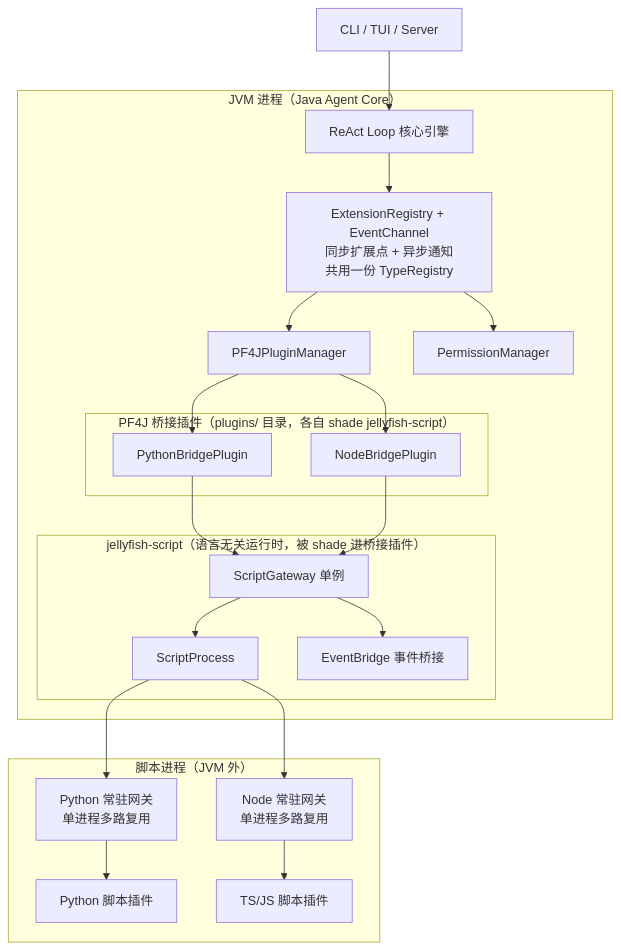
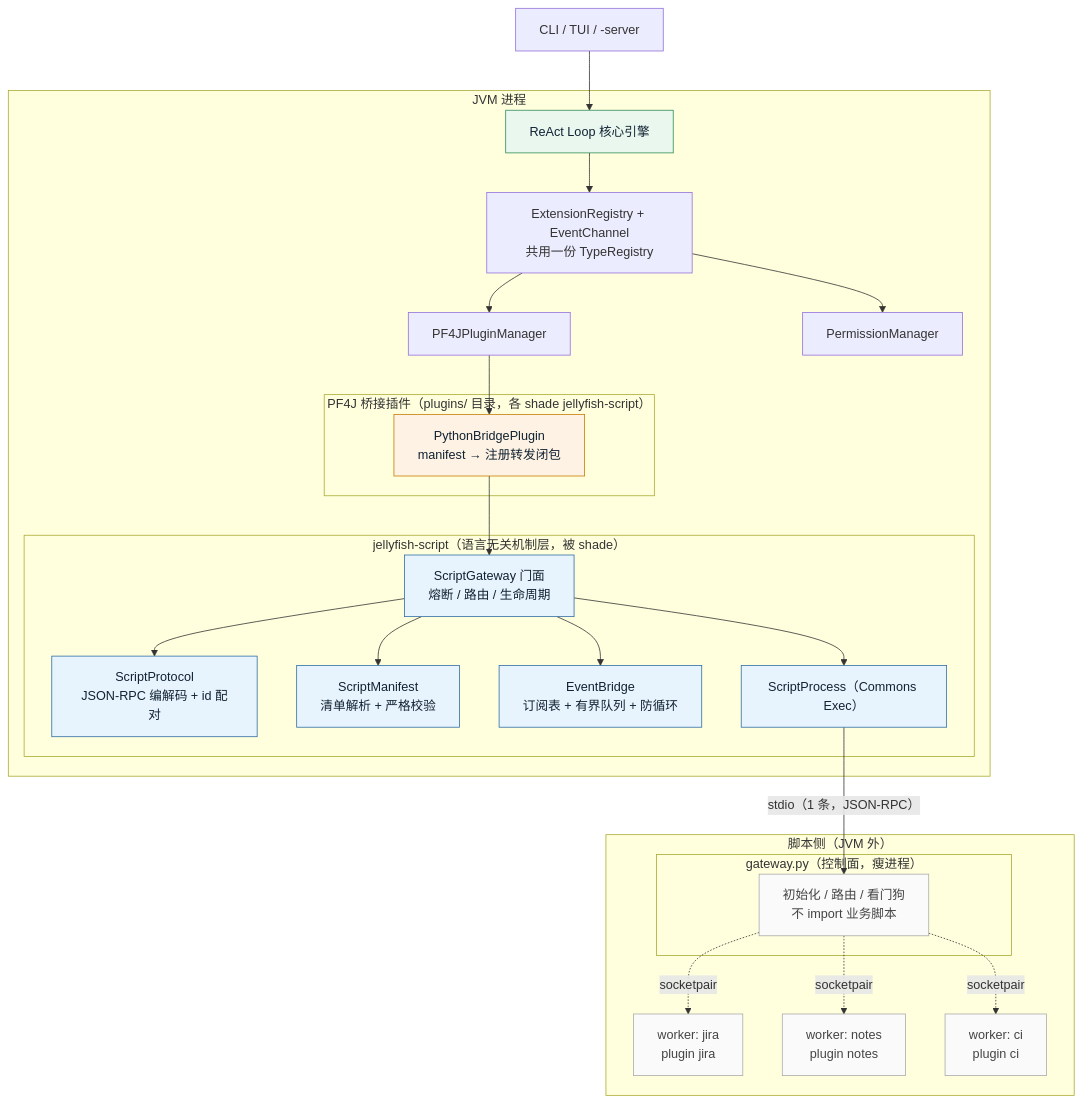
One commit to zcd0831/Jellyfish changed the first of 5 diagrams in 跨语言插件方案.md. Above: the diagram before and after it, drawn with Mermaid. The commit also changed other lines of this file and 8 other files, not shown here.

````diff
--- a/跨语言插件方案.md
+++ b/跨语言插件方案.md
@@ -36,42 +59,54 @@
 ```mermaid
 graph TB
-    subgraph JVM["JVM 进程（Java Agent Core）"]
+    subgraph JVM["JVM 进程"]
         Core["ReAct Loop 核心引擎"]
-        Bus["ExtensionRegistry + EventChannel<br>同步扩展点 + 异步通知<br>共用一份 TypeRegistry"]
+        Bus["ExtensionRegistry + EventChannel<br>共用一份 TypeRegistry"]
         PluginMgr["PF4JPluginManager"]
         Perm["PermissionManager"]
 
-        subgraph BridgePlugins["PF4J 桥接插件（plugins/ 目录，各自 shade jellyfish-script）"]
-            P1["PythonBridgePlugin"]
-            P2["NodeBridgePlugin"]
+        subgraph Bridge["PF4J 桥接插件（plugins/ 目录，各 shade jellyfish-script）"]
+            P1["PythonBridgePlugin<br>manifest → 注册转发闭包"]
         end
 
-        subgraph Runtime["jellyfish-script（语言无关运行时，被 shade 进桥接插件）"]
-            Gateway["ScriptGateway 单例"]
-            Transport["ScriptProcess"]
-            EvtBridge["EventBridge 事件桥接"]
+        subgraph Runtime["jellyfish-script（语言无关机制层，被 shade）"]
+            GW["ScriptGateway 门面<br>熔断 / 路由 / 生命周期"]
+            Proto["ScriptProtocol<br>JSON-RPC 编解码 + id 配对"]
+            Manifest["ScriptManifest<br>清单解析 + 严格校验"]
+            Bridge2["EventBridge<br>订阅表 + 有界队列 + 防循环"]
+            Exec["ScriptProcess（Commons Exec）"]
         end
     end
 
-    subgraph Scripts["脚本进程（JVM 外）"]
-        Py["Python 常驻网关<br>单进程多路复用"]
-        Node["Node 常驻网关<br>单进程多路复用"]
-        PyPlugins["Python 脚本插件"]
-        NodePlugins["TS/JS 脚本插件"]
+    subgraph Scripts["脚本侧（JVM 外）"]
+        subgraph GWProc["gateway.py（控制面，瘦进程）"]
+            Router["初始化 / 路由 / 看门狗<br>不 import 业务脚本"]
+        end
+        W1["worker: jira<br>plugin jira"]
+        W2["worker: notes<br>plugin notes"]
+        W3["worker: ci<br>plugin ci"]
     end
 
-    CLI["CLI / TUI / Server"] --> Core
+    CLI["CLI / TUI / -server"] --> Core
     Core --> Bus
     Bus --> PluginMgr
     Bus --> Perm
     PluginMgr --> P1
-    PluginMgr --> P2
-    P1 --> Gateway
-    P2 --> Gateway
-    Gateway --> Transport
-    Gateway --> EvtBridge
-    Transport --> Py
-    Transport --> Node
-    Py --> PyPlugins
-    Node --> NodePlugins
+    P1 --> GW
+    GW --> Proto
+    GW --> Manifest
+    GW --> Bridge2
+    GW --> Exec
+    Exec -->|"stdio（1 条，JSON-RPC）"| Router
+    Router -.->|"socketpair"| W1
+    Router -.->|"socketpair"| W2
+    Router -.->|"socketpair"| W3
+
+    classDef app fill:#E9F7EF,stroke:#2E8B57,color:#123
+    classDef bridge fill:#FDF2E3,stroke:#C77B00,color:#123
+    classDef rt fill:#E8F4FD,stroke:#2E6DA4,color:#123
+    classDef sc fill:#FAFAFA,stroke:#AAA,color:#444
+    class Core app
+    class P1 bridge
+    class GW,Proto,Manifest,Bridge2,Exec rt
+    class Router,W1,W2,W3 sc
 ```
````
